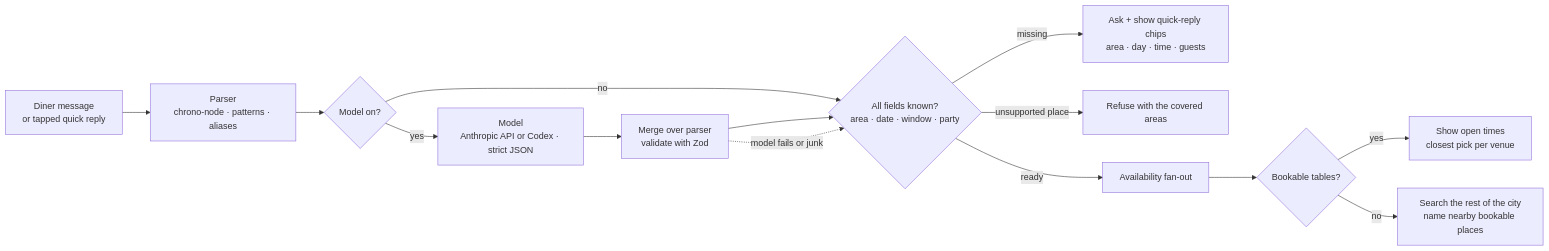
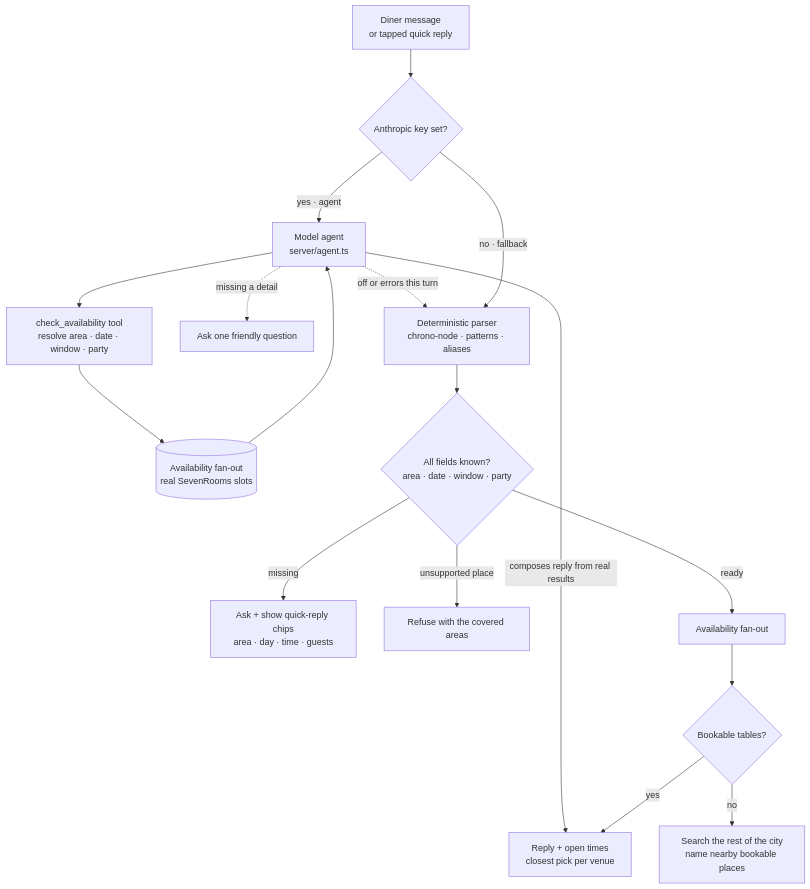
Before and after one commit to Dileep2896/pearl-table-concierge: the fourth of 7 diagrams in ARCHITECTURE.md, drawn with Mermaid. The commit also changed other lines of this file and 16 other files, not shown here.

````diff
--- a/ARCHITECTURE.md
+++ b/ARCHITECTURE.md
@@ -90,15 +93,19 @@
 ```mermaid
-flowchart LR
-  M[Diner message<br/>or tapped quick reply] --> P[Parser<br/>chrono-node · patterns · aliases]
-  P --> C{Model on?}
-  C -->|yes| X[Model<br/>Anthropic API or Codex · strict JSON] --> MG[Merge over parser<br/>validate with Zod]
-  C -->|no| V
-  MG --> V{All fields known?<br/>area · date · window · party}
-  MG -.->|model fails or junk| V
+flowchart TB
+  M[Diner message<br/>or tapped quick reply] --> K{Anthropic key set?}
+  K -->|yes · agent| AG[Model agent<br/>server/agent.ts]
+  AG --> T[check_availability tool<br/>resolve area · date · window · party]
+  T --> AV[(Availability fan-out<br/>real SevenRooms slots)]
+  AV --> AG
+  AG -->|composes reply from real results| S[Reply + open times<br/>closest pick per venue]
+  AG -.->|missing a detail| Q2[Ask one friendly question]
+  AG -.->|off or errors this turn| P
+  K -->|no · fallback| P[Deterministic parser<br/>chrono-node · patterns · aliases]
+  P --> V{All fields known?<br/>area · date · window · party}
   V -->|missing| Q[Ask + show quick-reply chips<br/>area · day · time · guests]
   V -->|unsupported place| R[Refuse with the covered areas]
   V -->|ready| F[Availability fan-out]
   F --> B{Bookable tables?}
-  B -->|yes| S[Show open times<br/>closest pick per venue]
+  B -->|yes| S
   B -->|no| N[Search the rest of the city<br/>name nearby bookable places]
 ```
````
